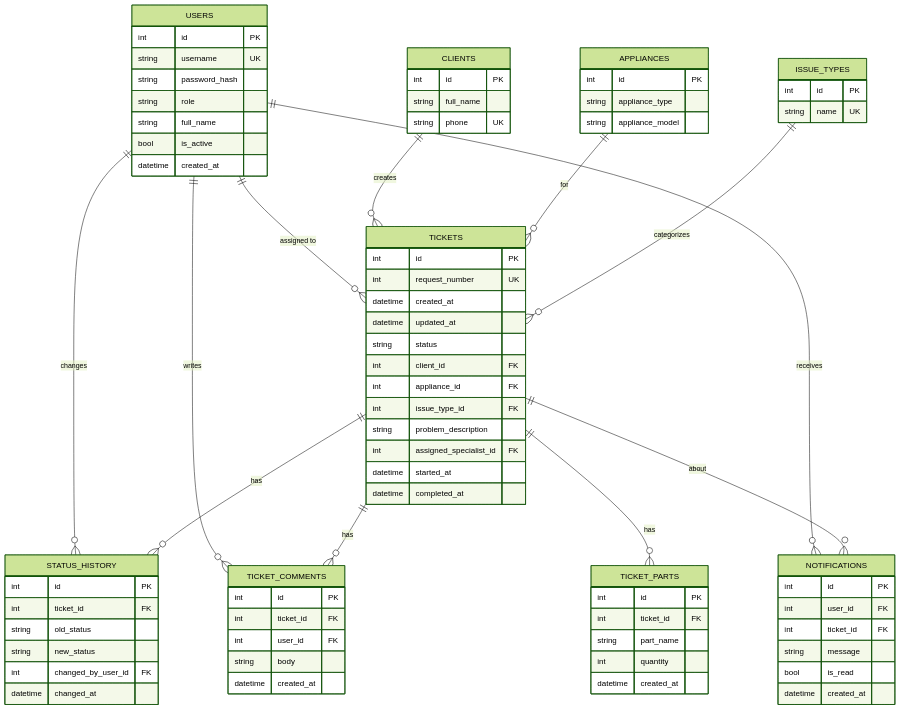
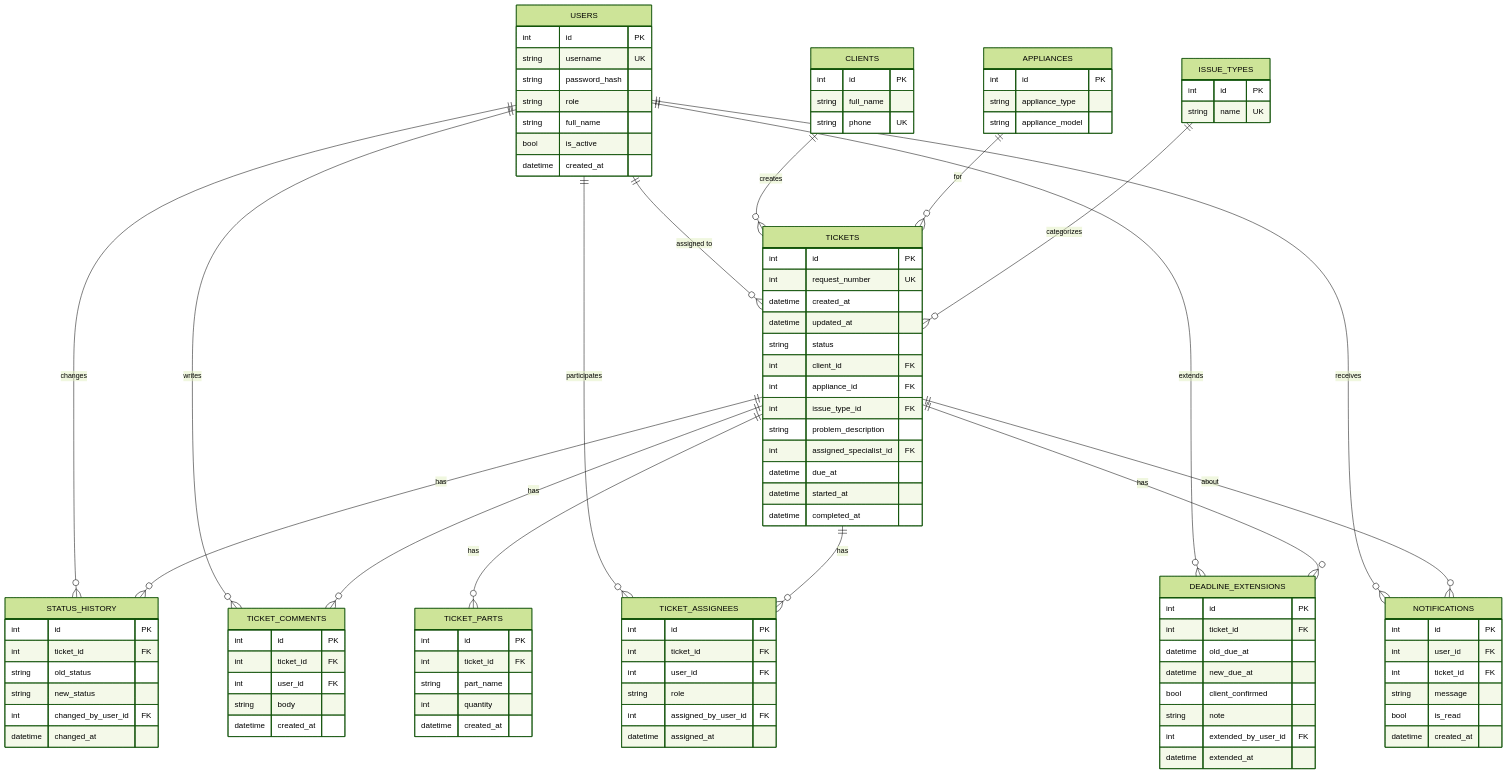
One commit to qwertyqwa/repair-requests changed the diagram in docs/erd.md. Above: the diagram before and after it, drawn with Mermaid (forest theme). The commit also changed 31 other files, not shown here.

Commit message:
Добавлены новые роли и функционал для менеджеров, включая управление сроками выполнения заявок и возможность назначения помощников. Обновлены схемы базы данных, интерфейсы и документация. Исправлены ошибки и улучшена логика обработки заявок.

````diff
--- a/docs/erd.md
+++ b/docs/erd.md
@@ -42,6 +42,7 @@
     int issue_type_id FK
     string problem_description
     int assigned_specialist_id FK
+    datetime due_at
     datetime started_at
     datetime completed_at
   }
@@ -71,6 +72,26 @@
     datetime created_at
   }
 
+  TICKET_ASSIGNEES {
+    int id PK
+    int ticket_id FK
+    int user_id FK
+    string role
+    int assigned_by_user_id FK
+    datetime assigned_at
+  }
+
+  DEADLINE_EXTENSIONS {
+    int id PK
+    int ticket_id FK
+    datetime old_due_at
+    datetime new_due_at
+    bool client_confirmed
+    string note
+    int extended_by_user_id FK
+    datetime extended_at
+  }
+
   NOTIFICATIONS {
     int id PK
     int user_id FK
@@ -83,6 +104,8 @@
   USERS ||--o{ TICKETS : "assigned to"
   USERS ||--o{ STATUS_HISTORY : "changes"
   USERS ||--o{ TICKET_COMMENTS : "writes"
+  USERS ||--o{ TICKET_ASSIGNEES : "participates"
+  USERS ||--o{ DEADLINE_EXTENSIONS : "extends"
   USERS ||--o{ NOTIFICATIONS : "receives"
 
   CLIENTS ||--o{ TICKETS : "creates"
@@ -92,5 +115,7 @@
   TICKETS ||--o{ STATUS_HISTORY : "has"
   TICKETS ||--o{ TICKET_COMMENTS : "has"
   TICKETS ||--o{ TICKET_PARTS : "has"
+  TICKETS ||--o{ TICKET_ASSIGNEES : "has"
+  TICKETS ||--o{ DEADLINE_EXTENSIONS : "has"
   TICKETS ||--o{ NOTIFICATIONS : "about"
 ```
````
